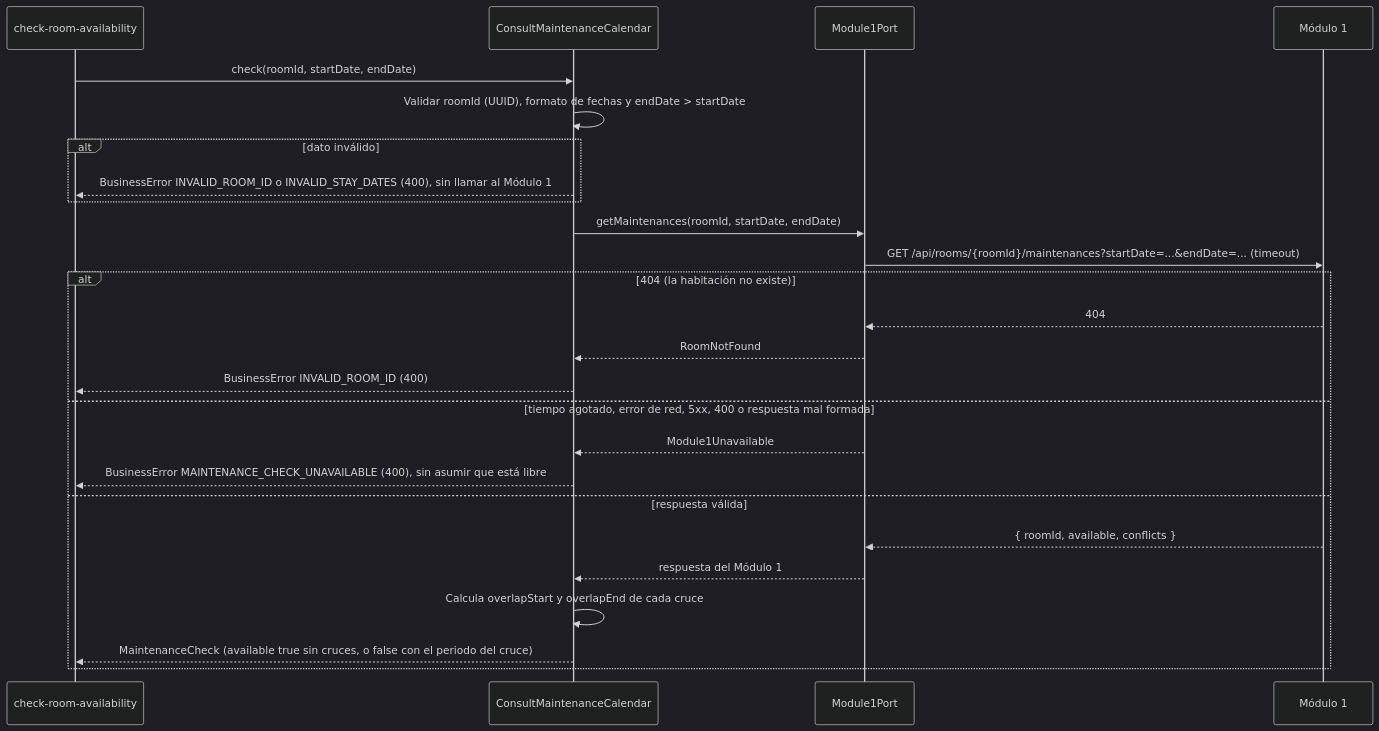
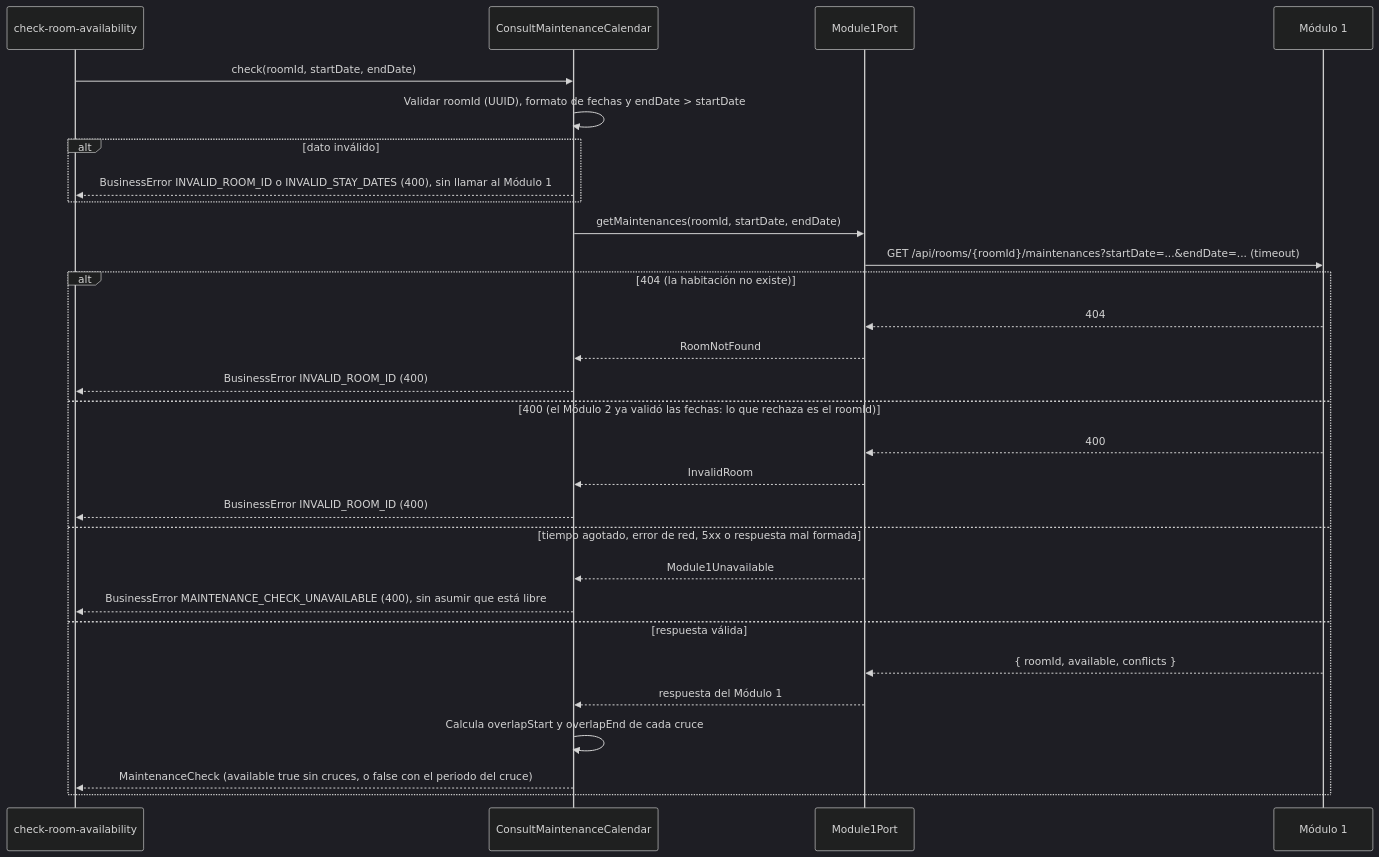
The first of 2 diagrams in specs/consult-maintenance-calendar/plan.md (Lapicero312-lapi/HOSPITUA-MOD-2), drawn with Mermaid (dark theme) before and after one commit. The commit also changed other lines of this file and 14 other files, not shown here.

````diff
--- a/specs/consult-maintenance-calendar/plan.md
+++ b/specs/consult-maintenance-calendar/plan.md
@@ -153,28 +153,32 @@
 ```mermaid
 sequenceDiagram
     participant V as check-room-availability
     participant U as ConsultMaintenanceCalendar
     participant P as Module1Port
     participant M1 as Módulo 1
 
     V->>U: check(roomId, startDate, endDate)
     U->>U: Validar roomId (UUID), formato de fechas y endDate > startDate
     alt dato inválido
         U-->>V: BusinessError INVALID_ROOM_ID o INVALID_STAY_DATES (400), sin llamar al Módulo 1
     end
     U->>P: getMaintenances(roomId, startDate, endDate)
     P->>M1: GET /api/rooms/{roomId}/maintenances?startDate=...&endDate=... (timeout)
     alt 404 (la habitación no existe)
         M1-->>P: 404
         P-->>U: RoomNotFound
         U-->>V: BusinessError INVALID_ROOM_ID (400)
-    else tiempo agotado, error de red, 5xx, 400 o respuesta mal formada
+    else 400 (el Módulo 2 ya validó las fechas: lo que rechaza es el roomId)
+        M1-->>P: 400
+        P-->>U: InvalidRoom
+        U-->>V: BusinessError INVALID_ROOM_ID (400)
+    else tiempo agotado, error de red, 5xx o respuesta mal formada
         P-->>U: Module1Unavailable
         U-->>V: BusinessError MAINTENANCE_CHECK_UNAVAILABLE (400), sin asumir que está libre
     else respuesta válida
         M1-->>P: { roomId, available, conflicts }
         P-->>U: respuesta del Módulo 1
         U->>U: Calcula overlapStart y overlapEnd de cada cruce
         U-->>V: MaintenanceCheck (available true sin cruces, o false con el periodo del cruce)
     end
 ```
````
